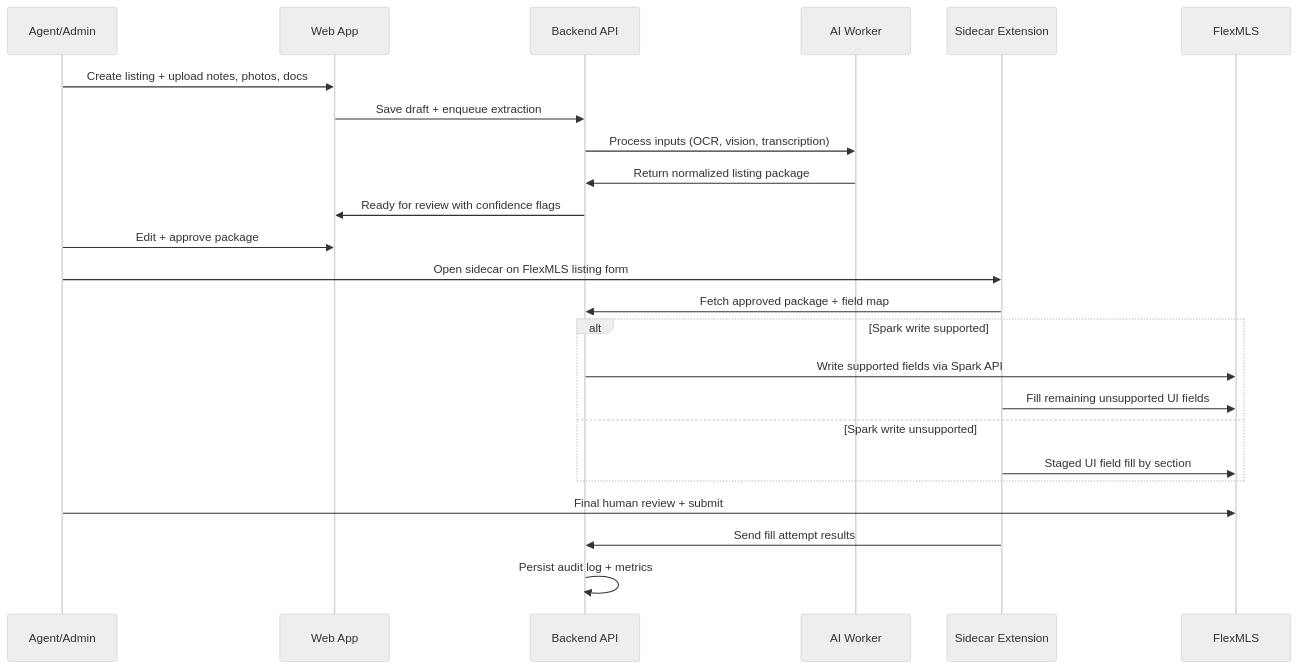
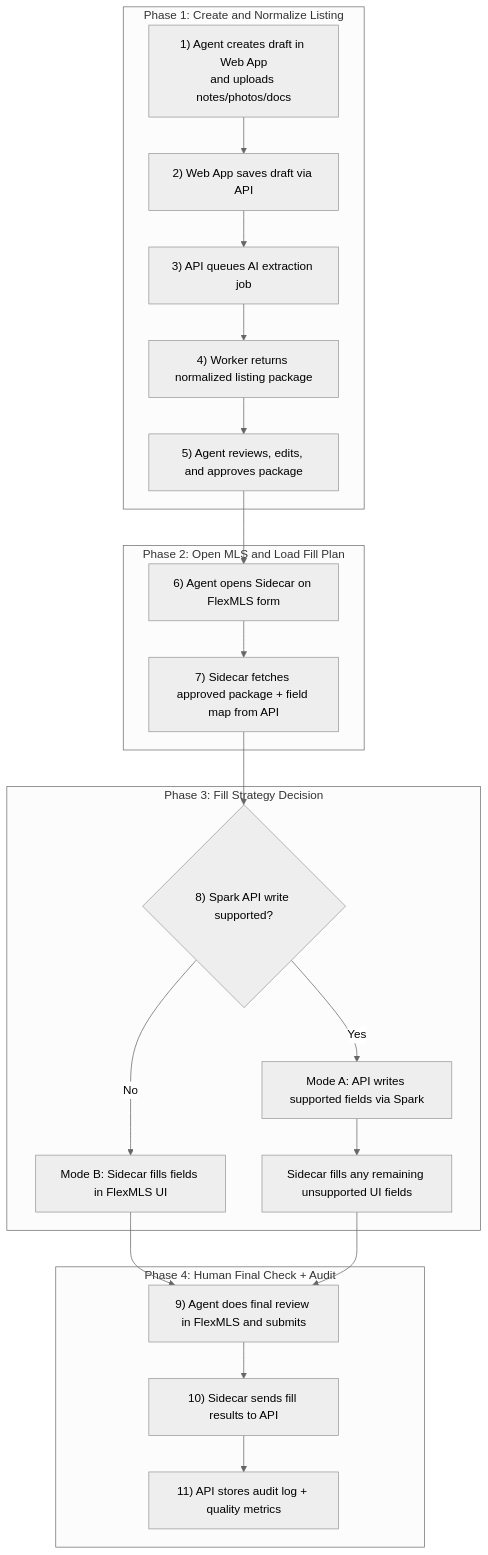
The third of 3 diagrams in 04-planning/mls-app/architecture-diagrams.md (blakedegroot5/brainstorm), drawn with Mermaid (neutral theme) before and after one commit.

Commit message:
Clarify listing-to-MLS flow diagram with phased decision flow

````diff
--- a/04-planning/mls-app/architecture-diagrams.md
+++ b/04-planning/mls-app/architecture-diagrams.md
@@ -93,30 +93,39 @@
 ```mermaid
-sequenceDiagram
-  participant User as Agent/Admin
-  participant Web as Web App
-  participant API as Backend API
-  participant Worker as AI Worker
-  participant Ext as Sidecar Extension
-  participant MLS as FlexMLS
-
-  User->>Web: Create listing + upload notes, photos, docs
-  Web->>API: Save draft + enqueue extraction
-  API->>Worker: Process inputs (OCR, vision, transcription)
-  Worker->>API: Return normalized listing package
-  API->>Web: Ready for review with confidence flags
-  User->>Web: Edit + approve package
-
-  User->>Ext: Open sidecar on FlexMLS listing form
-  Ext->>API: Fetch approved package + field map
-
-  alt Spark write supported
-    API->>MLS: Write supported fields via Spark API
-    Ext->>MLS: Fill remaining unsupported UI fields
-  else Spark write unsupported
-    Ext->>MLS: Staged UI field fill by section
+flowchart TB
+  subgraph Phase1["Phase 1: Create and Normalize Listing"]
+    A1["1) Agent creates draft in Web App<br/>and uploads notes/photos/docs"]
+    A2["2) Web App saves draft via API"]
+    A3["3) API queues AI extraction job"]
+    A4["4) Worker returns normalized listing package"]
+    A5["5) Agent reviews, edits, and approves package"]
+    A1 --> A2 --> A3 --> A4 --> A5
   end
 
-  User->>MLS: Final human review + submit
-  Ext->>API: Send fill attempt results
-  API->>API: Persist audit log + metrics
+  subgraph Phase2["Phase 2: Open MLS and Load Fill Plan"]
+    B1["6) Agent opens Sidecar on FlexMLS form"]
+    B2["7) Sidecar fetches approved package + field map from API"]
+    B1 --> B2
+  end
+
+  subgraph Phase3["Phase 3: Fill Strategy Decision"]
+    C1{"8) Spark API write supported?"}
+    C2["Mode A: API writes supported fields via Spark"]
+    C3["Mode B: Sidecar fills fields in FlexMLS UI"]
+    C4["Sidecar fills any remaining unsupported UI fields"]
+    C1 -->|Yes| C2
+    C2 --> C4
+    C1 -->|No| C3
+  end
+
+  subgraph Phase4["Phase 4: Human Final Check + Audit"]
+    D1["9) Agent does final review in FlexMLS and submits"]
+    D2["10) Sidecar sends fill results to API"]
+    D3["11) API stores audit log + quality metrics"]
+    D1 --> D2 --> D3
+  end
+
+  A5 --> B1
+  B2 --> C1
+  C3 --> D1
+  C4 --> D1
 ```
````
